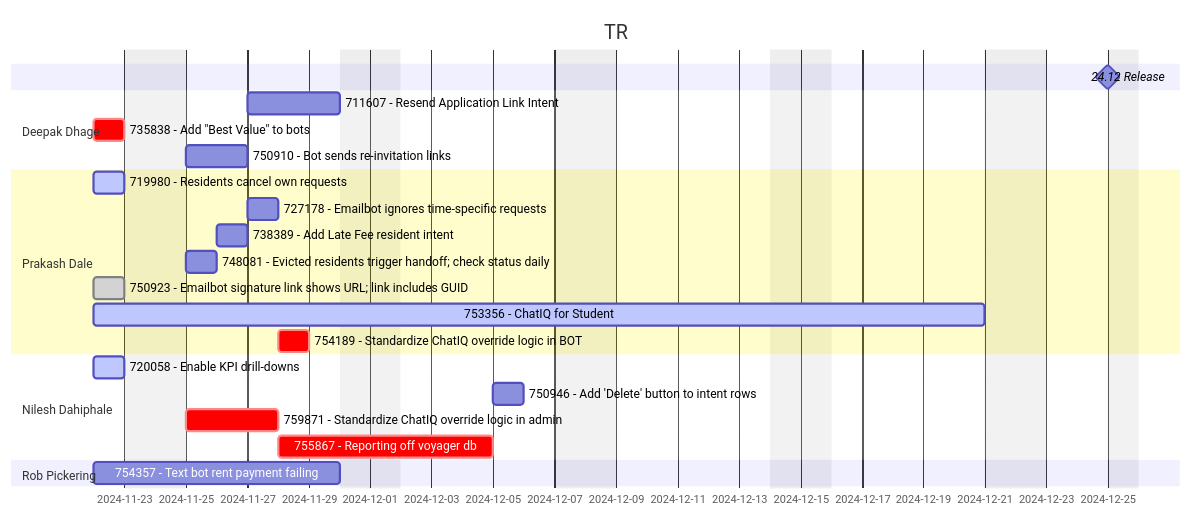
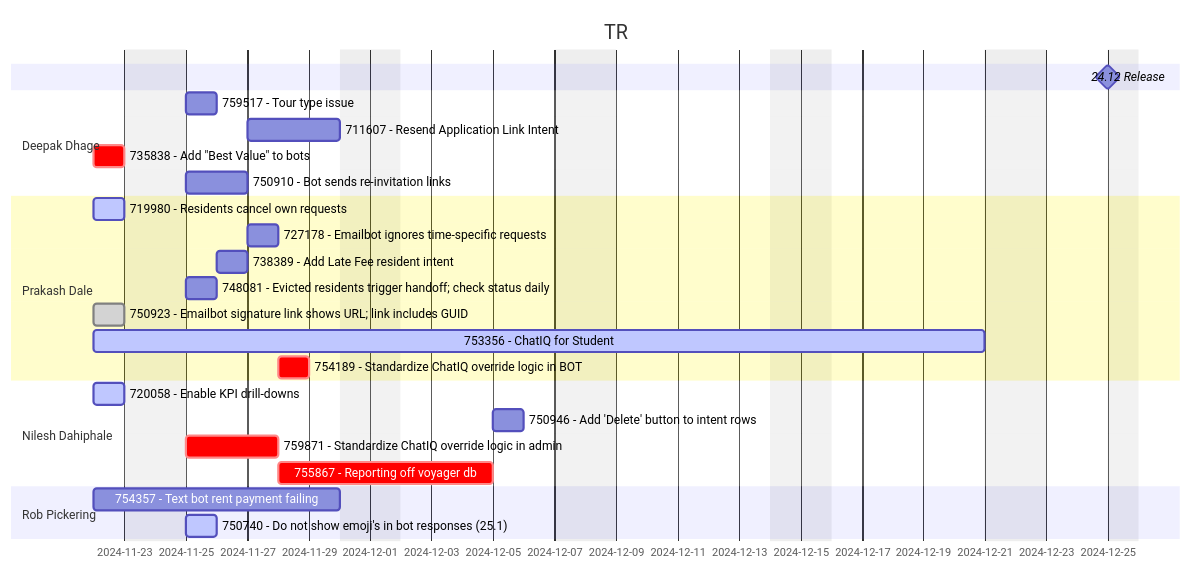
The first of 2 diagrams in README.md (prakash-dale/prakash-dale.github.io), drawn with Mermaid before and after one commit. The commit also changed other lines of this file and 2 other files, not shown here.

Commit message:
* feat(README.md): update gantt chart and my day section * feat(training/assignment1.md): create static html website * feat(training/on-boarding.md): update access to various resources

````diff
--- a/README.md
+++ b/README.md
@@ -5,27 +5,29 @@
 ```mermaid
 gantt
     title TR
     dateFormat MMM-DD
     tickInterval 1d
     excludes weekends, 2024-12-25
     24.12 Release: milestone, 24.12 Release, Dec-24, 1d
-    section Deepak Dhage        
+    section Deepak Dhage
+        759517 - Tour type issue                                            : 759517, Nov-25, 1d       
         711607 - Resend Application Link Intent                             : 711607, after 750910, 3d
         735838 - Add "Best Value" to bots                                   : crit, 735838, Nov-22, 1d
         750910 - Bot sends re-invitation links                              : 750910, after 735838, 2d        
     section Prakash Dale
         719980 - Residents cancel own requests                              : active, 719980, Nov-22, 1d
         727178 - Emailbot ignores time-specific requests                    : 717178, after 738389, 1d
         738389 - Add Late Fee resident intent                               : 738389, after 748081, 1d
         748081 - Evicted residents trigger handoff; check status daily      : 748081, after 719980, 1d
         750923 - Emailbot signature link shows URL; link includes GUID      : done, 750923, Nov-22, 1d
         753356 - ChatIQ for Student                                         : active, 753356, Nov-22, 21d
         754189 - Standardize ChatIQ override logic in BOT                   : crit, after 759871, 1d
     section Nilesh Dahiphale
         720058 - Enable KPI drill-downs                                     : active, 720058, Nov-22, 1d
         750946 - Add 'Delete' button to intent rows                         : 750946, after 755867, 1d
         759871 - Standardize ChatIQ override logic in admin                 : crit, 759871, after 720058, 3d
         755867 - Reporting off voyager db                                   : crit, 755867, after 759871, 5d
     section Rob Pickering
         754357 - Text bot rent payment failing: 754357, Nov-22, 6d
+        750740 - Do not show emoji's in bot responses (25.1)                : active, 750740, Nov-25, 1d
 ```
````
